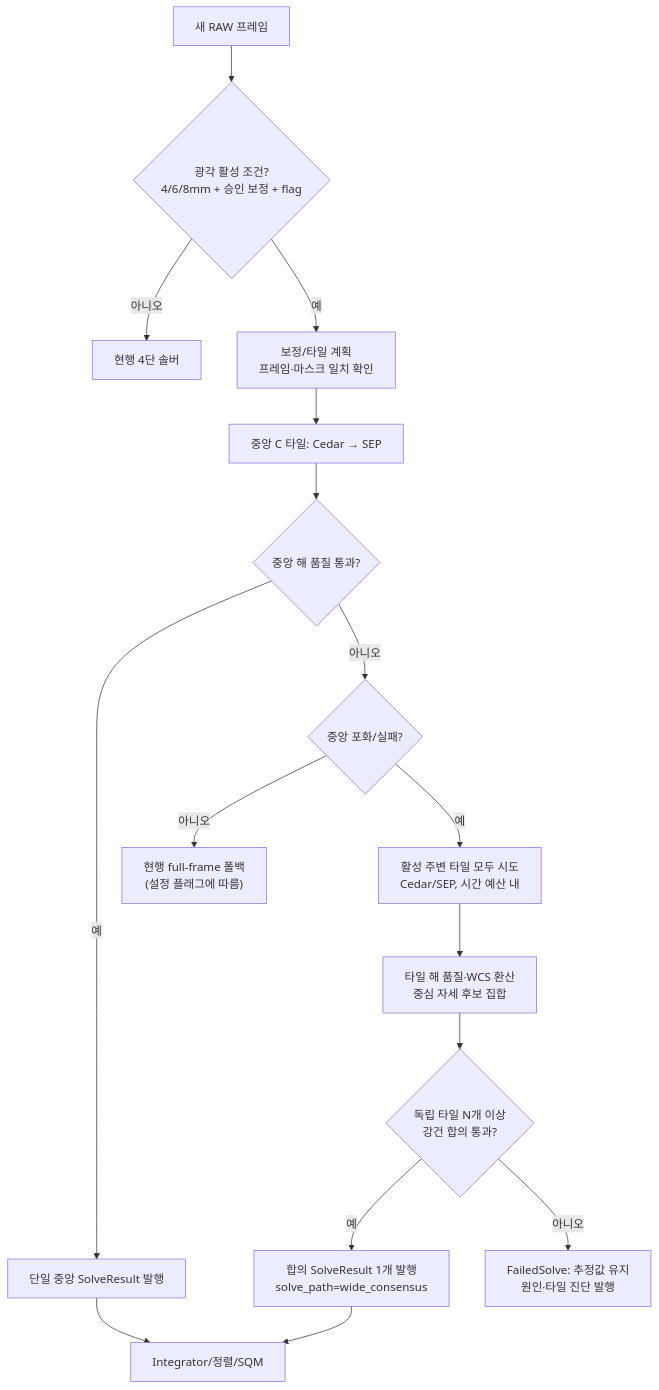
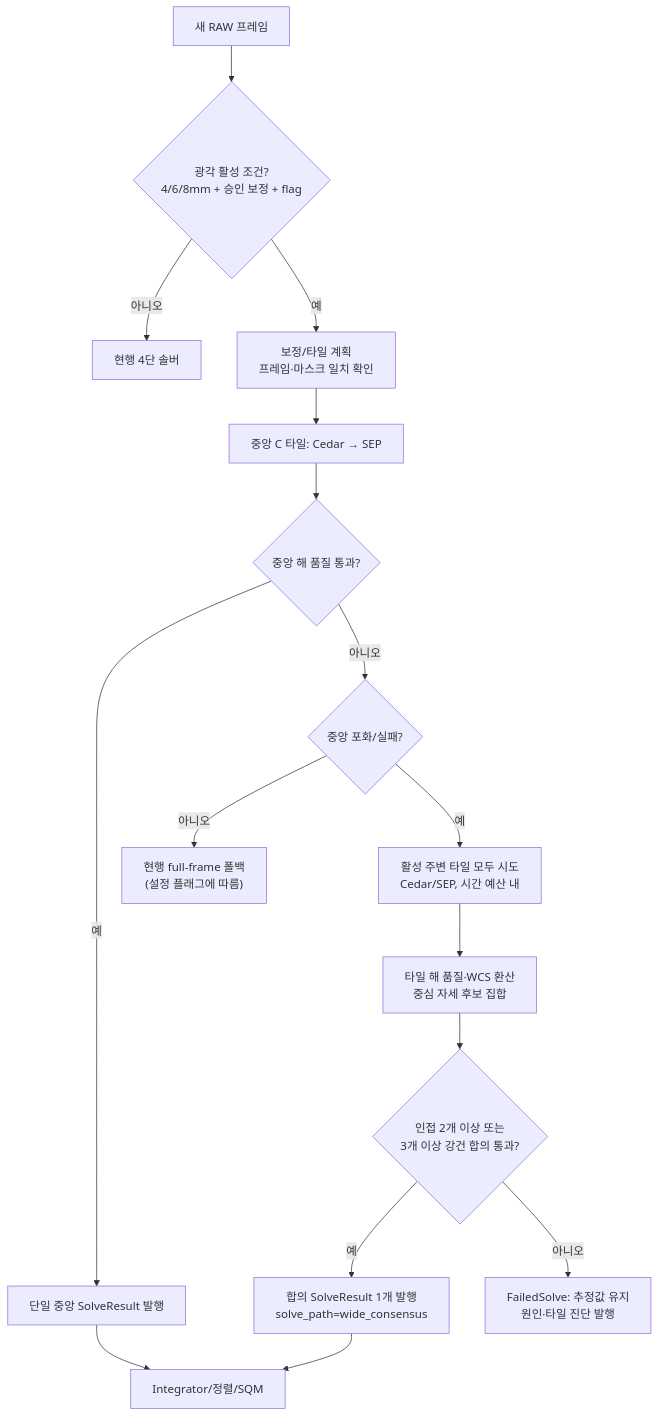
Before and after one commit to hjoungjoo/MF_PiFinder: the third of 4 diagrams in docs/mf_dev/mf_wide_angle_solver_design_ko.md, drawn with Mermaid. The commit also changed other lines of this file and 1 other file, not shown here.

````diff
--- a/docs/mf_dev/mf_wide_angle_solver_design_ko.md
+++ b/docs/mf_dev/mf_wide_angle_solver_design_ko.md
@@ -219,18 +221,18 @@
 ```mermaid
 flowchart TD
     start["새 RAW 프레임"] --> eligible{"광각 활성 조건?\n4/6/8mm + 승인 보정 + flag"}
     eligible -->|아니오| legacy["현행 4단 솔버"]
     eligible -->|예| prepare["보정/타일 계획\n프레임·마스크 일치 확인"]
     prepare --> central["중앙 C 타일: Cedar → SEP"]
     central --> good{"중앙 해 품질 통과?"}
     good -->|예| publish["단일 중앙 SolveResult 발행"]
     good -->|아니오| sat{"중앙 포화/실패?"}
     sat -->|아니오| legacyfallback["현행 full-frame 폴백\n(설정 플래그에 따름)"]
     sat -->|예| candidates["활성 주변 타일 모두 시도\nCedar/SEP, 시간 예산 내"]
     candidates --> quality["타일 해 품질·WCS 환산\n중심 자세 후보 집합"]
-    quality --> vote{"독립 타일 N개 이상\n강건 합의 통과?"}
+    quality --> vote{"인접 2개 이상 또는\n3개 이상 강건 합의 통과?"}
     vote -->|예| publish2["합의 SolveResult 1개 발행\nsolve_path=wide_consensus"]
     vote -->|아니오| failed["FailedSolve: 추정값 유지\n원인·타일 진단 발행"]
     publish --> downstream["Integrator/정렬/SQM"]
     publish2 --> downstream
 ```
````
